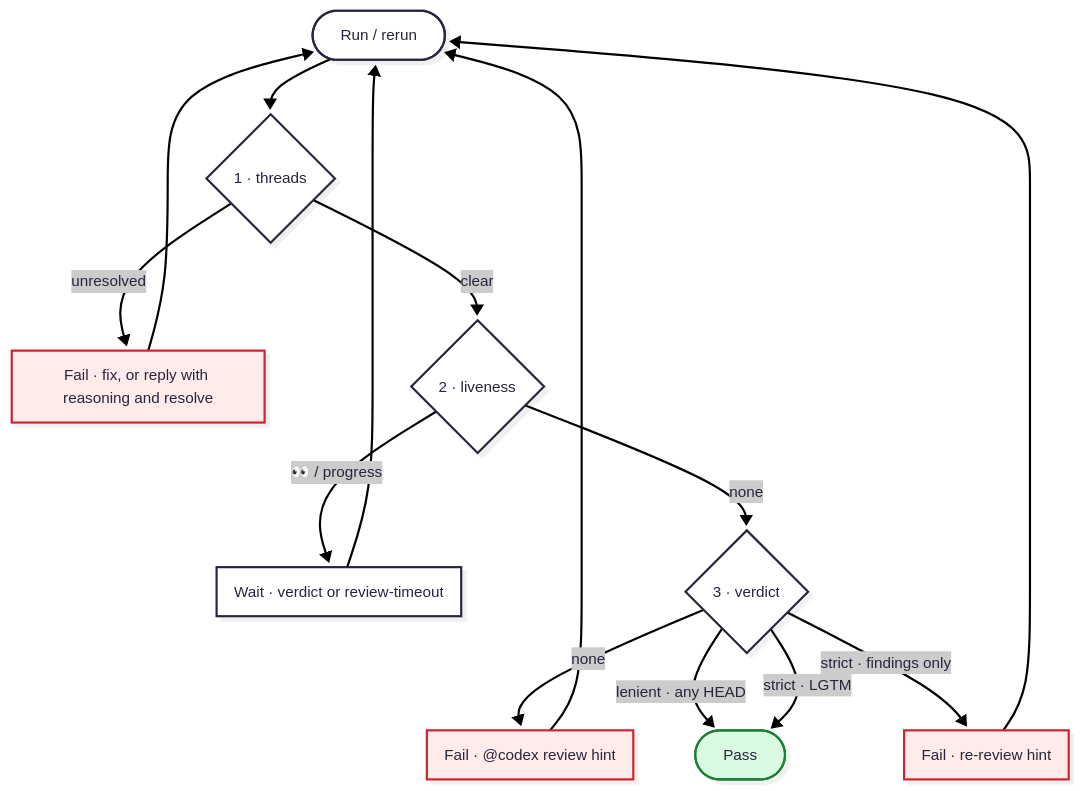
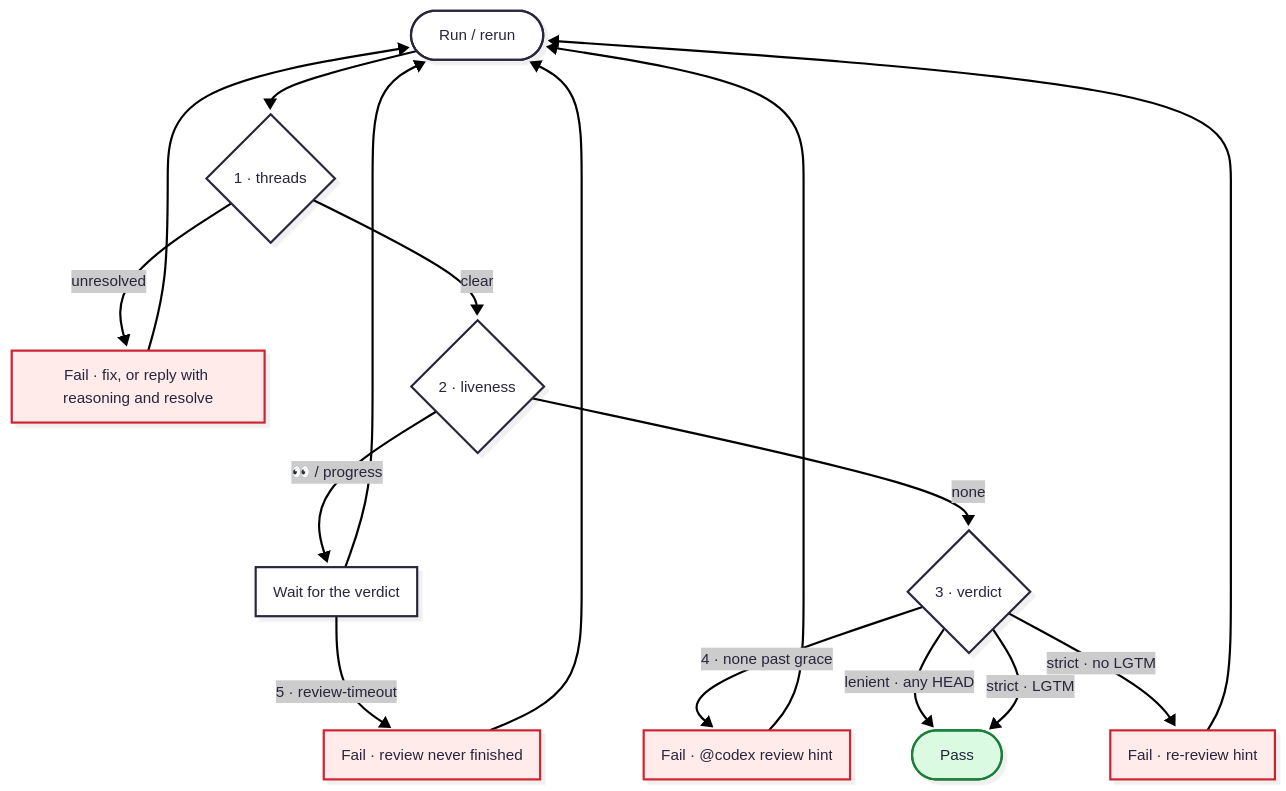
The diagram in README.md (kkkiio/codex-review-check), drawn with Mermaid before and after one commit. The commit also changed other lines of this file, not shown here.

Commit message:
Number the grace and timeout states; cover every strict verdict without an LGTM
The diagram numbered only states 1-3 while the chain numbered grace and
timeout as 4 and 5, and the verdict-miss edge read as an immediate
failure. Grace and timeout are now numbered edges matching the chain.
The strict failure branch is also broadened from findings-only to any
terminal verdict lacking an LGTM, matching evaluateReviewState.

````diff
--- a/README.md
+++ b/README.md
@@ -36,25 +36,27 @@
 ```mermaid
 ---
 config:
   look: neo
   theme: redux
 ---
 flowchart TB
     A([Run / rerun]) --> B{1 · threads}
     B -- unresolved --> C[Fail · fix, or reply with reasoning and resolve]
     C --> A
     B -- clear --> D{2 · liveness}
-    D -- "👀 / progress" --> E[Wait · verdict or review-timeout]
+    D -- "👀 / progress" --> E[Wait for the verdict]
     E --> A
+    E -- "5 · review-timeout" --> J[Fail · review never finished]
+    J --> A
     D -- none --> F{3 · verdict}
-    F -- none --> G[Fail · @codex review hint]
+    F -- "4 · none past grace" --> G[Fail · @codex review hint]
     G --> A
     F -- "lenient · any HEAD" --> H([Pass])
     F -- "strict · LGTM" --> H
-    F -- "strict · findings only" --> I[Fail · re-review hint]
+    F -- "strict · no LGTM" --> I[Fail · re-review hint]
     I --> A
     classDef pass fill:#dafbe1,stroke:#1a7f37
     classDef fail fill:#ffebe9,stroke:#cf222e
     class H pass
-    class C,G,I fail
+    class C,G,I,J fail
 ```
````
